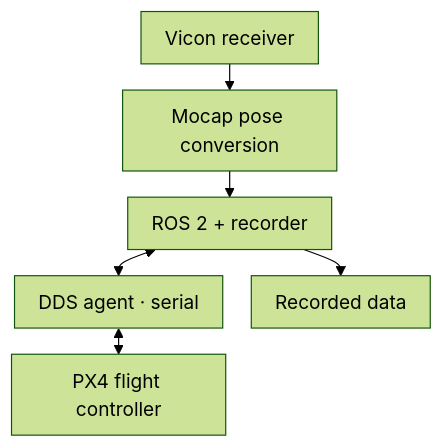
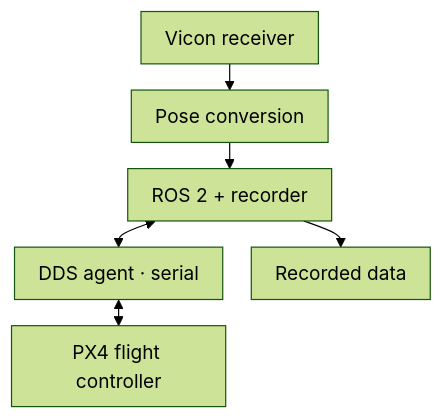
Before and after one commit to ANCL/px4-dev-toolkit: the second of 2 diagrams in docs/reference/architecture.md, drawn with Mermaid (forest theme). The commit also changed other lines of this file and 31 other files, not shown here.

````diff
--- a/docs/reference/architecture.md
+++ b/docs/reference/architecture.md
@@ -35,17 +36,17 @@
 ```mermaid
 ---
 config:
   flowchart:
-    useMaxWidth: false
+    useMaxWidth: true
     wrappingWidth: 140
     padding: 10
     rankSpacing: 22
     nodeSpacing: 24
 ---
 flowchart TB
-    V["Vicon receiver"] --> C["Mocap pose conversion"]
+    V["Vicon receiver"] --> C["Pose conversion"]
     C --> R["ROS 2 + recorder"]
     R <--> X["DDS agent · serial"]
     X <--> P["PX4 flight controller"]
     R --> B["Recorded data"]
 ```
````
